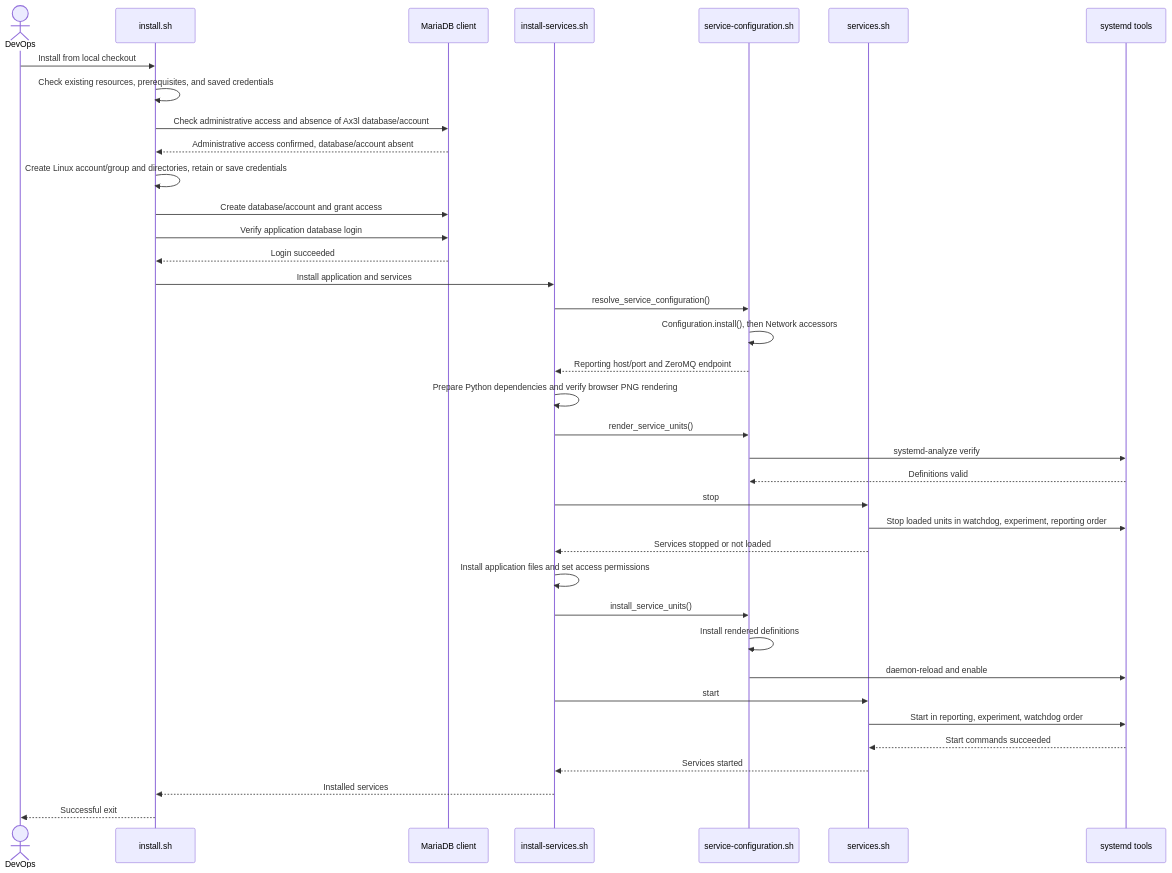
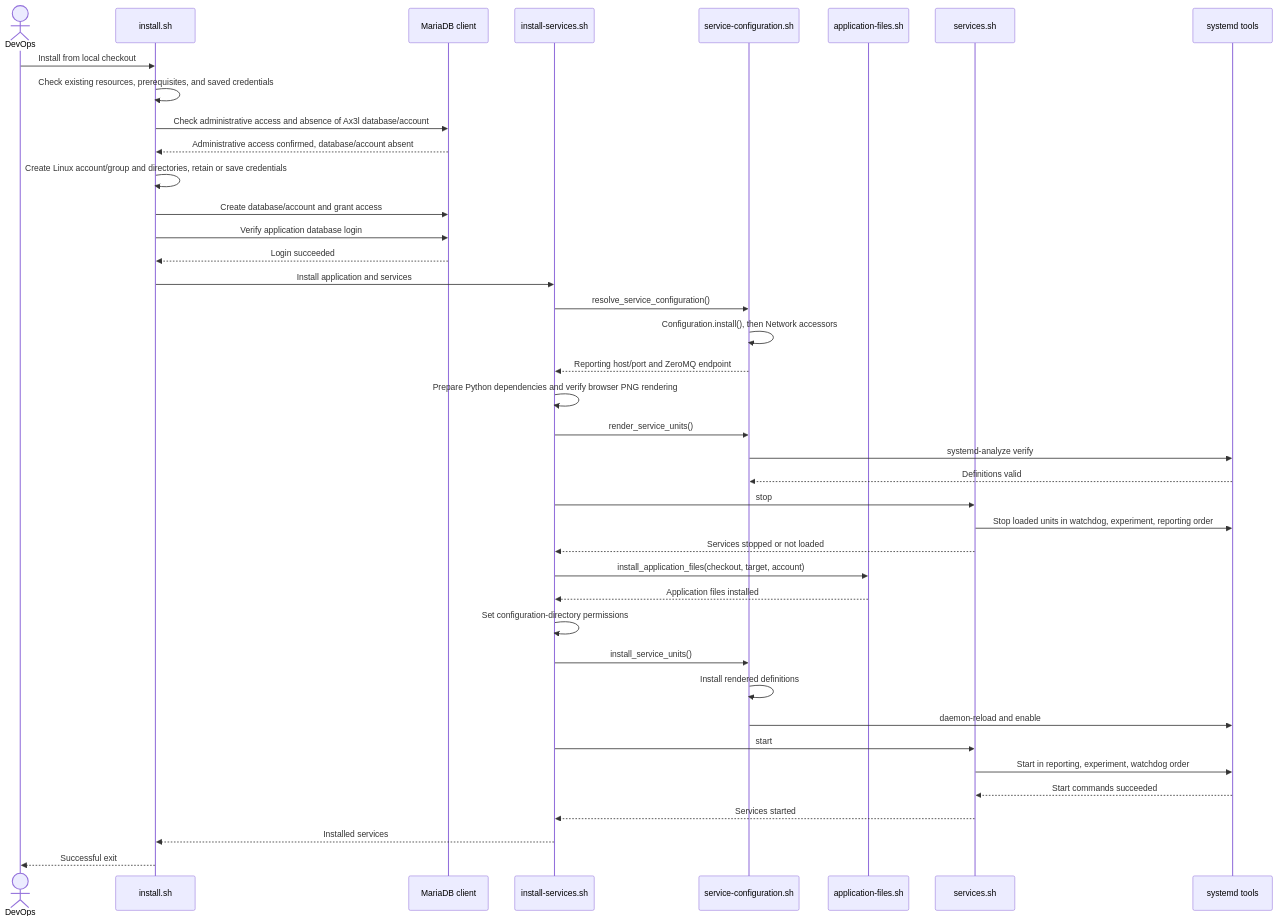
Before and after one commit to NadimGhaznavi/ax3l: the second of 2 diagrams in docs/design/uc-01-deploy-ax3l-software.md, drawn with Mermaid. The commit also changed other lines of this file and 10 other files, not shown here.

````diff
--- a/docs/design/uc-01-deploy-ax3l-software.md
+++ b/docs/design/uc-01-deploy-ax3l-software.md
@@ -72,40 +66,43 @@
 ```mermaid
 sequenceDiagram
     actor DevOps
     participant Install as install.sh
     participant DB as MariaDB client
     participant Services as install-services.sh
     participant Settings as service-configuration.sh
+    participant Files as application-files.sh
     participant Lifecycle as services.sh
     participant Systemd as systemd tools
 
     DevOps->>Install: Install from local checkout
     Install->>Install: Check existing resources, prerequisites, and saved credentials
     Install->>DB: Check administrative access and absence of Ax3l database/account
     DB-->>Install: Administrative access confirmed, database/account absent
     Install->>Install: Create Linux account/group and directories, retain or save credentials
     Install->>DB: Create database/account and grant access
     Install->>DB: Verify application database login
     DB-->>Install: Login succeeded
     Install->>Services: Install application and services
     Services->>Settings: resolve_service_configuration()
     Settings->>Settings: Configuration.install(), then Network accessors
     Settings-->>Services: Reporting host/port and ZeroMQ endpoint
     Services->>Services: Prepare Python dependencies and verify browser PNG rendering
     Services->>Settings: render_service_units()
     Settings->>Systemd: systemd-analyze verify
     Systemd-->>Settings: Definitions valid
     Services->>Lifecycle: stop
     Lifecycle->>Systemd: Stop loaded units in watchdog, experiment, reporting order
     Lifecycle-->>Services: Services stopped or not loaded
-    Services->>Services: Install application files and set access permissions
+    Services->>Files: install_application_files(checkout, target, account)
+    Files-->>Services: Application files installed
+    Services->>Services: Set configuration-directory permissions
     Services->>Settings: install_service_units()
     Settings->>Settings: Install rendered definitions
     Settings->>Systemd: daemon-reload and enable
     Services->>Lifecycle: start
     Lifecycle->>Systemd: Start in reporting, experiment, watchdog order
     Systemd-->>Lifecycle: Start commands succeeded
     Lifecycle-->>Services: Services started
     Services-->>Install: Installed services
     Install-->>DevOps: Successful exit
 ```
````
